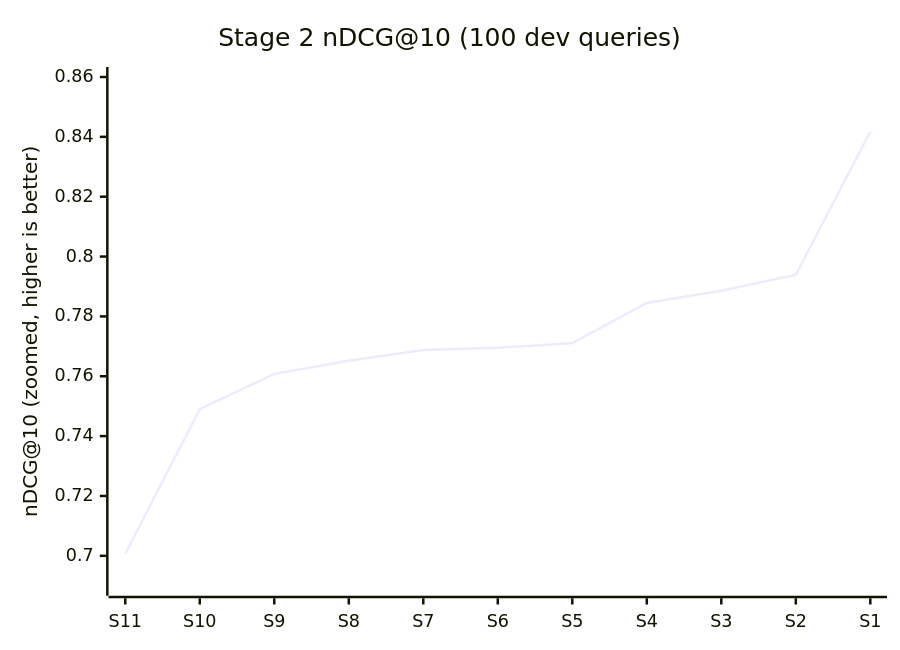
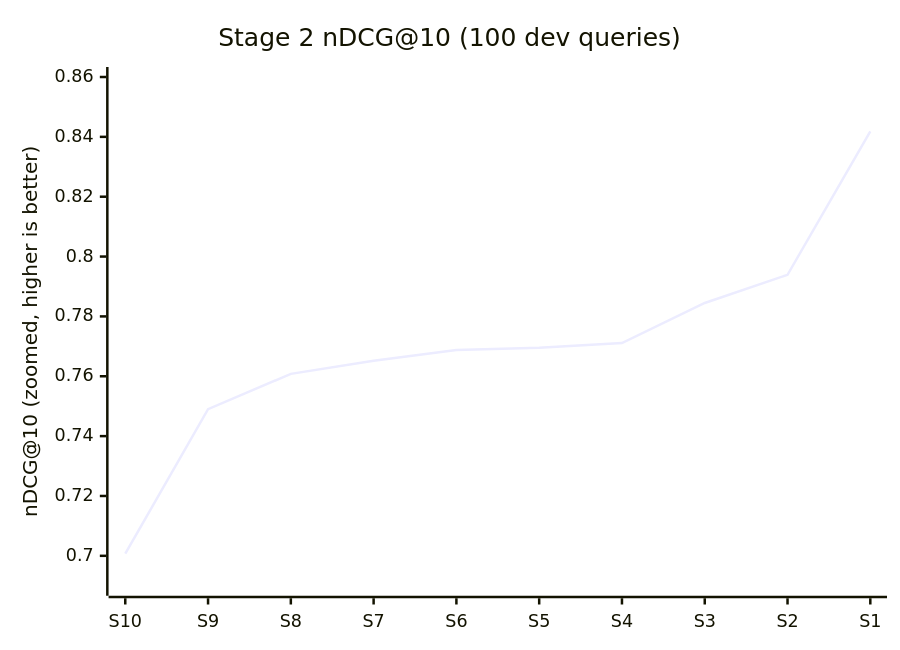
The third of 3 diagrams in docs/06-charts.md (sidagarwal-labs/arxiv-search), drawn with Mermaid before and after one commit. The commit also changed other lines of this file and 7 other files, not shown here.

````diff
--- a/docs/06-charts.md
+++ b/docs/06-charts.md
@@ -68,7 +69,7 @@
 ```mermaid
 xychart-beta
     title "Stage 2 nDCG@10 (100 dev queries)"
-    x-axis [S11, S10, S9, S8, S7, S6, S5, S4, S3, S2, S1]
+    x-axis [S10, S9, S8, S7, S6, S5, S4, S3, S2, S1]
     y-axis "nDCG@10 (zoomed, higher is better)" 0.69 --> 0.86
-    line [0.7007, 0.7490, 0.7608, 0.7652, 0.7688, 0.7695, 0.7711, 0.7845, 0.7886, 0.7939, 0.8418]
+    line [0.7007, 0.7490, 0.7608, 0.7652, 0.7688, 0.7695, 0.7711, 0.7845, 0.7939, 0.8418]
 ```
````
